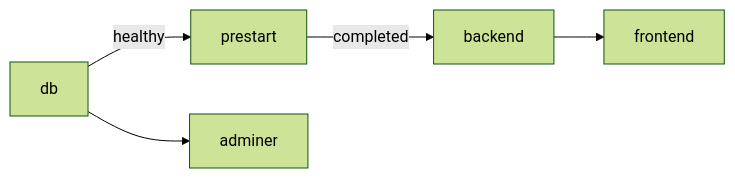
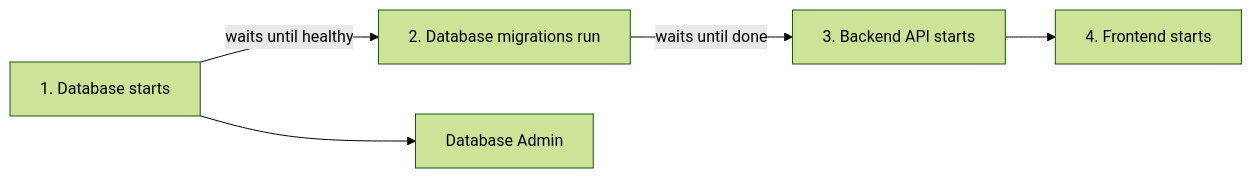
One commit to sarangambekar1997/full-stack-fastapi-template changed the second of 3 diagrams in docs/Repo-Analysis.md. Above: the diagram before and after it, drawn with Mermaid (forest theme). The commit also changed other lines of this file, not shown here.

````diff
--- a/docs/Repo-Analysis.md
+++ b/docs/Repo-Analysis.md
@@ -226,7 +326,7 @@
 ```mermaid
 flowchart LR
-    DB[db] -->|healthy| Prestart[prestart]
-    Prestart -->|completed| Backend[backend]
-    DB --> Adminer[adminer]
-    Backend --> Frontend[frontend]
+    DB["1. Database starts"] -->|"waits until healthy"| Prestart["2. Database migrations run"]
+    Prestart -->|"waits until done"| Backend["3. Backend API starts"]
+    DB --> Adminer["Database Admin"]
+    Backend --> Frontend["4. Frontend starts"]
 ```
````
